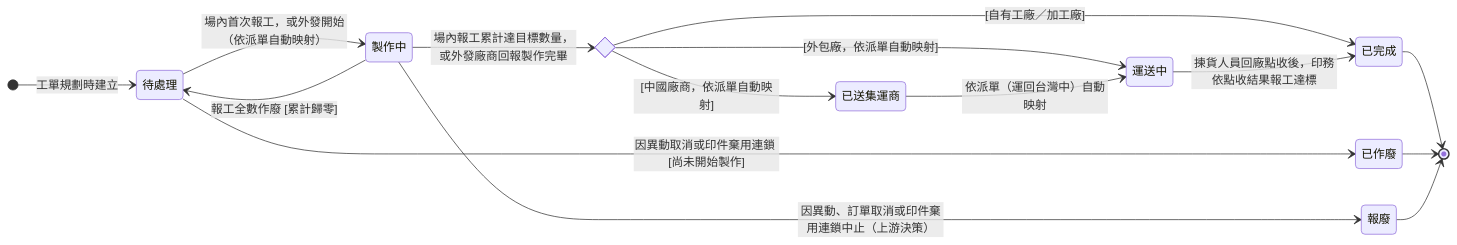
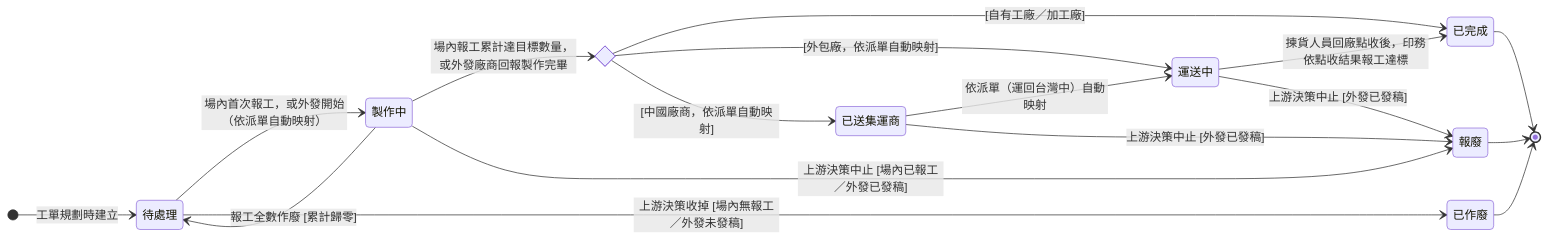
Before and after one commit to Kawato-Miles/erp-spec: the diagram in memory/Sens_wiki/wiki/erp/06-state-machines/生產任務狀態.md, drawn with Mermaid. The commit also changed other lines of this file and 27 other files, not shown here.

````diff
--- a/memory/Sens_wiki/wiki/erp/06-state-machines/生產任務狀態.md
+++ b/memory/Sens_wiki/wiki/erp/06-state-machines/生產任務狀態.md
@@ -49,32 +49,34 @@
 ```mermaid
 stateDiagram-v2
     direction LR
 
     [*] --> s_pending : 工單規劃時建立
 
     state "待處理" as s_pending
     state "製作中" as s_making
     state "已送集運商" as s_consolidator
     state "運送中" as s_shipping
     state "已完成" as s_done
     state "已作廢" as s_void
     state "報廢" as s_scrap
     state route <<choice>>
 
     s_pending --> s_making : 場內首次報工，或外發開始（依派單自動映射）
     s_making --> route : 場內報工累計達目標數量，或外發廠商回報製作完畢
     route --> s_done : [自有工廠／加工廠]
     route --> s_shipping : [外包廠，依派單自動映射]
     route --> s_consolidator : [中國廠商，依派單自動映射]
     s_consolidator --> s_shipping : 依派單（運回台灣中）自動映射
     s_shipping --> s_done : 揀貨人員回廠點收後，印務依點收結果報工達標
 
     s_making --> s_pending : 報工全數作廢 [累計歸零]
 
-    s_pending --> s_void : 因異動取消或印件棄用連鎖 [尚未開始製作]
-    s_making --> s_scrap : 因異動、訂單取消或印件棄用連鎖中止（上游決策）
+    s_pending --> s_void : 上游決策收掉 [場內無報工／外發未發稿]
+    s_making --> s_scrap : 上游決策中止 [場內已報工／外發已發稿]
+    s_consolidator --> s_scrap : 上游決策中止 [外發已發稿]
+    s_shipping --> s_scrap : 上游決策中止 [外發已發稿]
 
     s_done --> [*]
     s_void --> [*]
     s_scrap --> [*]
 ```
````
